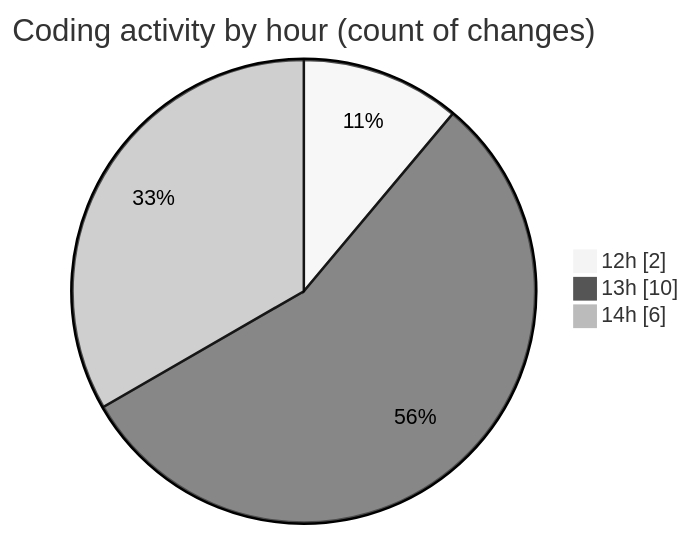
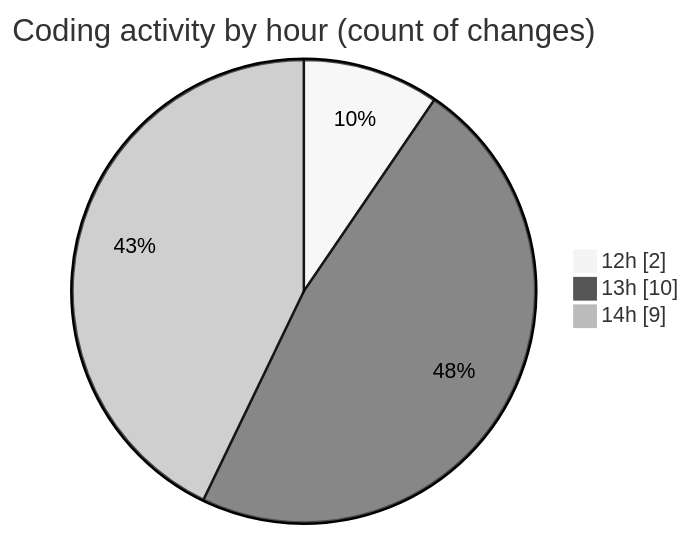
The second of 2 diagrams in 2026-07-12/untitled__workspace_/README.md (shibass792/code-tracking), drawn with Mermaid (neutral theme) before and after one commit. The commit also changed other lines of this file and 1 other file, not shown here.

````diff
--- a/2026-07-12/untitled__workspace_/README.md
+++ b/2026-07-12/untitled__workspace_/README.md
@@ -28,7 +28,7 @@
 ```mermaid
 pie showData
 title Coding activity by hour (count of changes)
 "12h" : 2
 "13h" : 10
-"14h" : 6
+"14h" : 9
 ```
````
